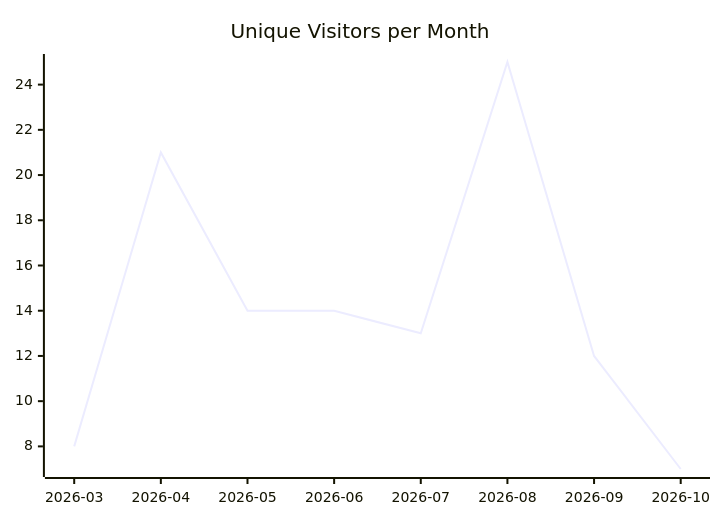
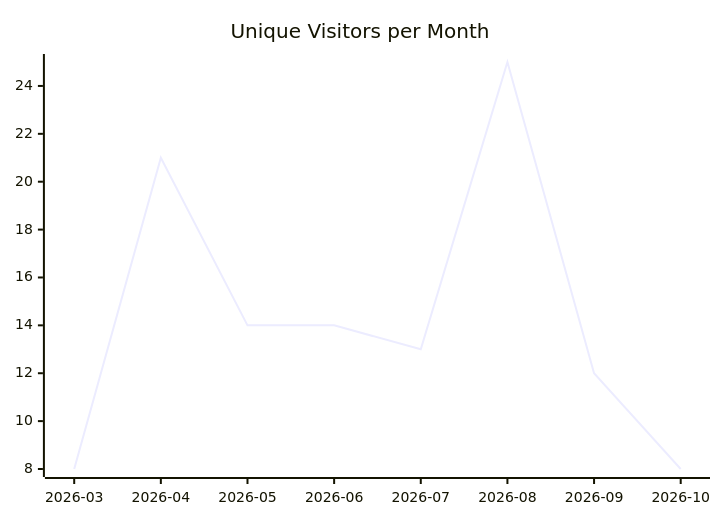
The first of 3 diagrams in karlmdavis/ksoap2-android/README.md (justdavis-family/github-analytics-data), drawn with Mermaid before and after one commit. The commit also changed other lines of this file and 198 other files, not shown here.

````diff
--- a/karlmdavis/ksoap2-android/README.md
+++ b/karlmdavis/ksoap2-android/README.md
@@ -5,6 +5,6 @@
 ```mermaid
 xychart-beta
   title "Unique Visitors per Month"
   x-axis ["2026-03", "2026-04", "2026-05", "2026-06", "2026-07", "2026-08", "2026-09", "2026-10"]
-  line [8, 21, 14, 14, 13, 25, 12, 7]
+  line [8, 21, 14, 14, 13, 25, 12, 8]
 ```
````
